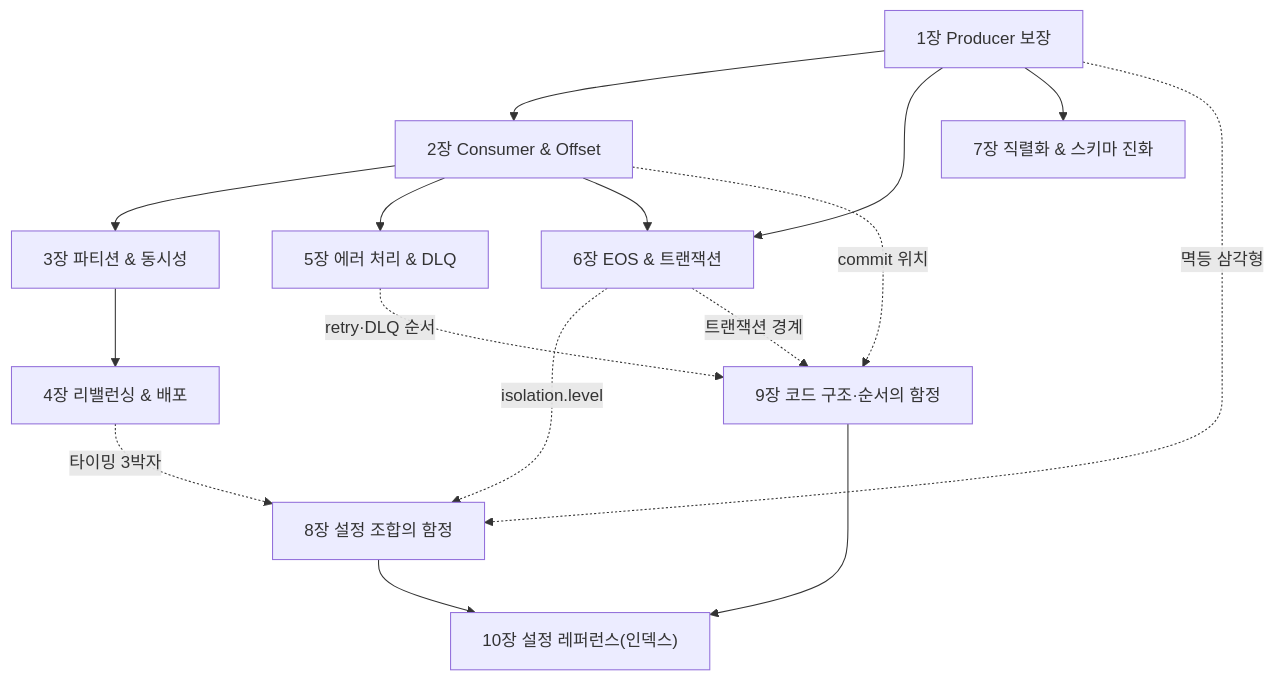
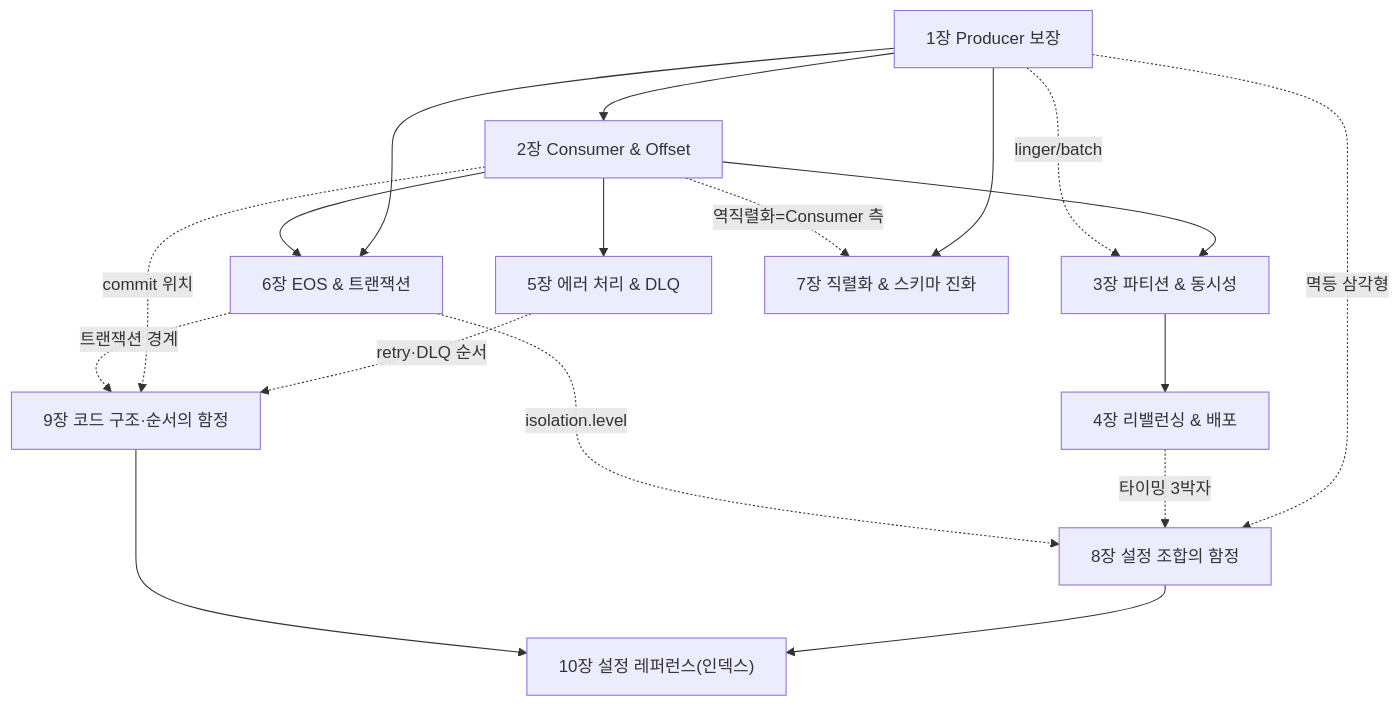
Before and after one commit to ghtjr410/kafka-lab: the second of 2 diagrams in docs/book/2-spring/README.md, drawn with Mermaid. The commit also changed other lines of this file and 3 other files, not shown here.

````diff
--- a/docs/book/2-spring/README.md
+++ b/docs/book/2-spring/README.md
@@ -66,18 +66,20 @@
 ```mermaid
 graph TB
     C1["1장 Producer 보장"] --> C2["2장 Consumer & Offset"]
     C2 --> C3["3장 파티션 & 동시성"]
     C3 --> C4["4장 리밸런싱 & 배포"]
     C2 --> C5["5장 에러 처리 & DLQ"]
     C1 --> C6["6장 EOS & 트랜잭션"]
     C2 --> C6
     C1 --> C7["7장 직렬화 & 스키마 진화"]
+    C2 -. "역직렬화=Consumer 측" .-> C7
+    C1 -. "linger/batch" .-> C3
     C1 -. "멱등 삼각형" .-> X8["8장 설정 조합의 함정"]
     C4 -. "타이밍 3박자" .-> X8
     C6 -. "isolation.level" .-> X8
     C5 -. "retry·DLQ 순서" .-> X9["9장 코드 구조·순서의 함정"]
     C2 -. "commit 위치" .-> X9
     C6 -. "트랜잭션 경계" .-> X9
     X8 --> X10["10장 설정 레퍼런스(인덱스)"]
     X9 --> X10
 ```
````
